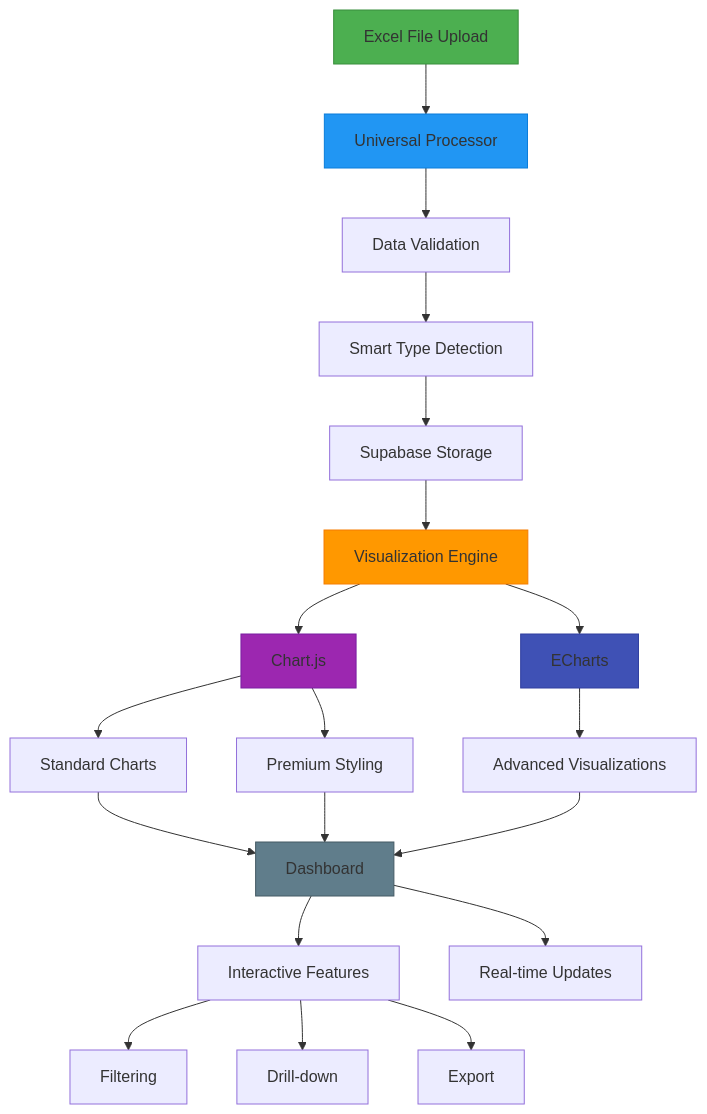
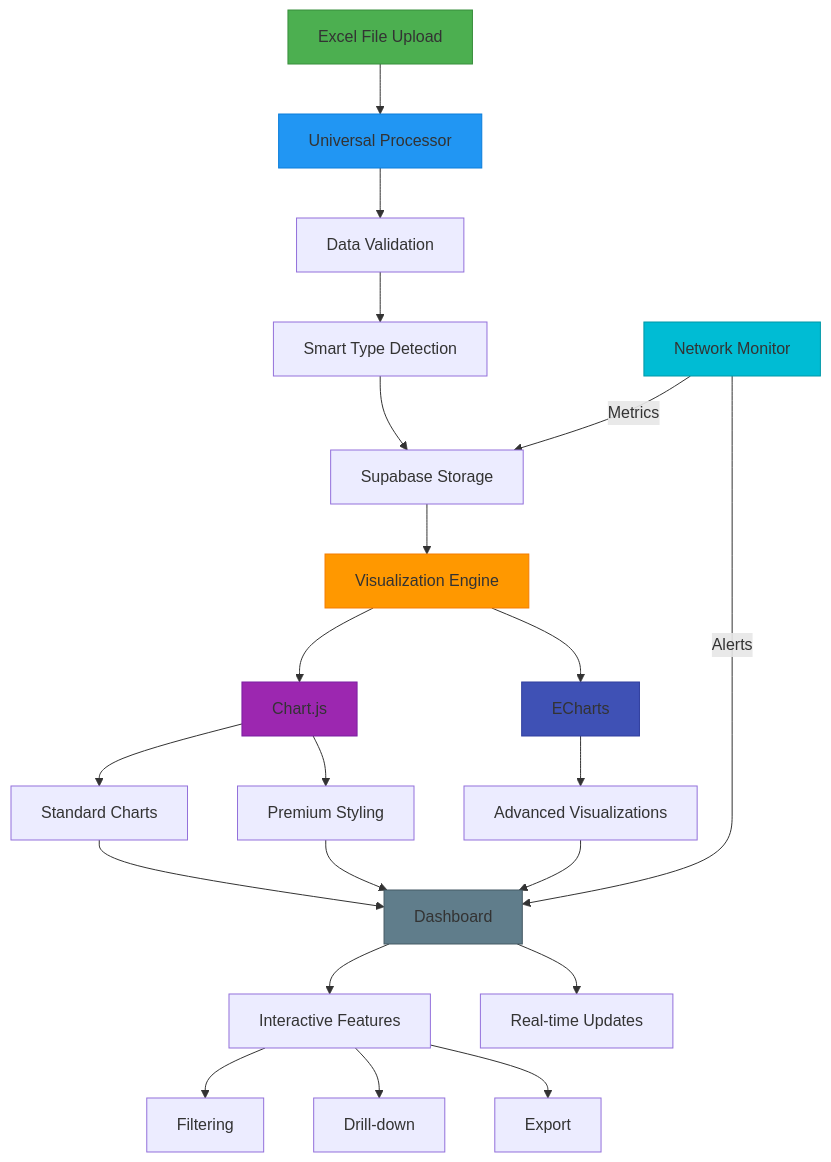
One commit to Ellanotieno-1234/ROMAN-REIGNS-ICT--1234 changed the diagram in memory-bank/system-architecture.md. Above: the diagram before and after it, drawn with Mermaid. The commit also changed 294 other files, not shown here.

````diff
--- a/memory-bank/system-architecture.md
+++ b/memory-bank/system-architecture.md
@@ -3,28 +3,32 @@
 ```mermaid
 graph TD
     A[Excel File Upload] --> B[Universal Processor]
     B --> C[Data Validation]
     C --> D[Smart Type Detection]
     D --> E[Supabase Storage]
     E --> F[Visualization Engine]
     F --> G[Chart.js]
     F --> H[ECharts]
     G --> I[Standard Charts]
     G --> J[Premium Styling]
     H --> K[Advanced Visualizations]
     I --> L[Dashboard]
     J --> L
     K --> L
     L --> M[Interactive Features]
     M --> N[Filtering]
     M --> O[Drill-down]
     M --> P[Export]
     L --> Q[Real-time Updates]
     
+    N1[Network Monitor] -->|Metrics| E
+    N1 -->|Alerts| L
+    
     style A fill:#4CAF50,stroke:#388E3C
     style B fill:#2196F3,stroke:#0b7dda
     style F fill:#FF9800,stroke:#f57c00
     style G fill:#9C27B0,stroke:#7b1fa2
     style H fill:#3F51B5,stroke:#303f9f
     style L fill:#607D8B,stroke:#455a64
+    style N1 fill:#00BCD4,stroke:#0097A7
 ```
````
